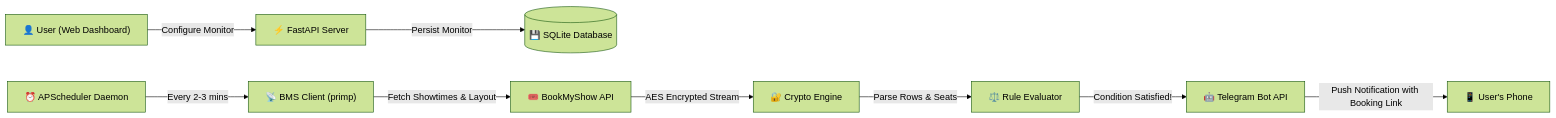
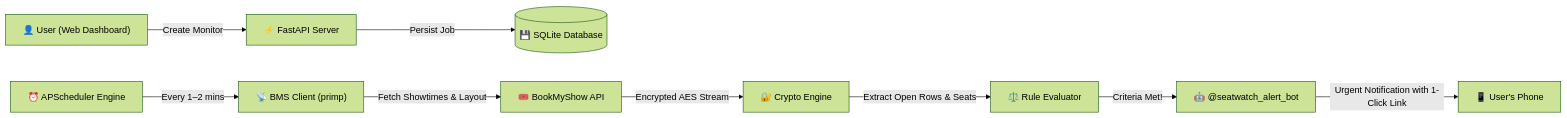
One commit to Vem-Manish/BookMyShow_ticket_notifier changed the first of 2 diagrams in README.md. Above: the diagram before and after it, drawn with Mermaid (forest theme). The commit also changed other lines of this file and 6 other files, not shown here.

Commit message:
feat: zero-config Telegram bot setup, SEO docs overhaul, and docker-compose

````diff
--- a/README.md
+++ b/README.md
@@ -50,11 +74,11 @@
 ```mermaid
 flowchart LR
-    A["👤 User (Web Dashboard)"] -->|Configure Monitor| B["⚡ FastAPI Server"]
-    B -->|Persist Monitor| C[("💾 SQLite Database")]
-    D["⏰ APScheduler Daemon"] -->|Every 2-3 mins| E["📡 BMS Client (primp)"]
+    A["👤 User (Web Dashboard)"] -->|Create Monitor| B["⚡ FastAPI Server"]
+    B -->|Persist Job| C[("💾 SQLite Database")]
+    D["⏰ APScheduler Engine"] -->|Every 1–2 mins| E["📡 BMS Client (primp)"]
     E -->|Fetch Showtimes & Layout| F["🎟️ BookMyShow API"]
-    F -->|AES Encrypted Stream| G["🔐 Crypto Engine"]
-    G -->|Parse Rows & Seats| H["⚖️ Rule Evaluator"]
-    H -->|Condition Satisfied!| I["🤖 Telegram Bot API"]
-    I -->|Push Notification with Booking Link| J["📱 User's Phone"]
+    F -->|Encrypted AES Stream| G["🔐 Crypto Engine"]
+    G -->|Extract Open Rows & Seats| H["⚖️ Rule Evaluator"]
+    H -->|Criteria Met!| I["🤖 @seatwatch_alert_bot"]
+    I -->|Urgent Notification with 1-Click Link| J["📱 User's Phone"]
 ```
````
